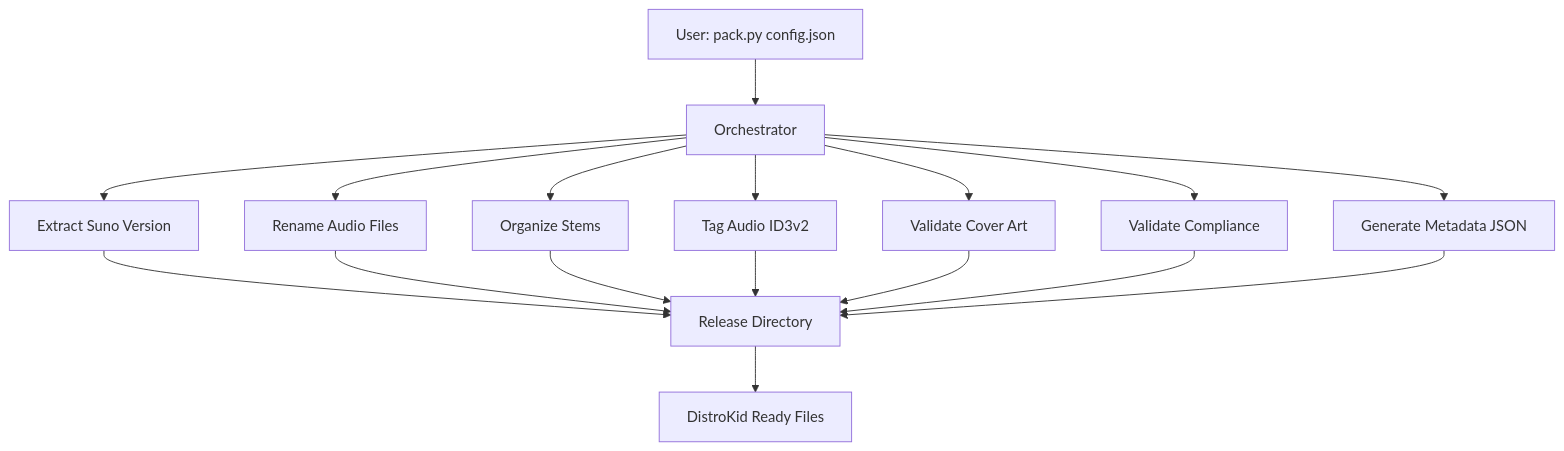
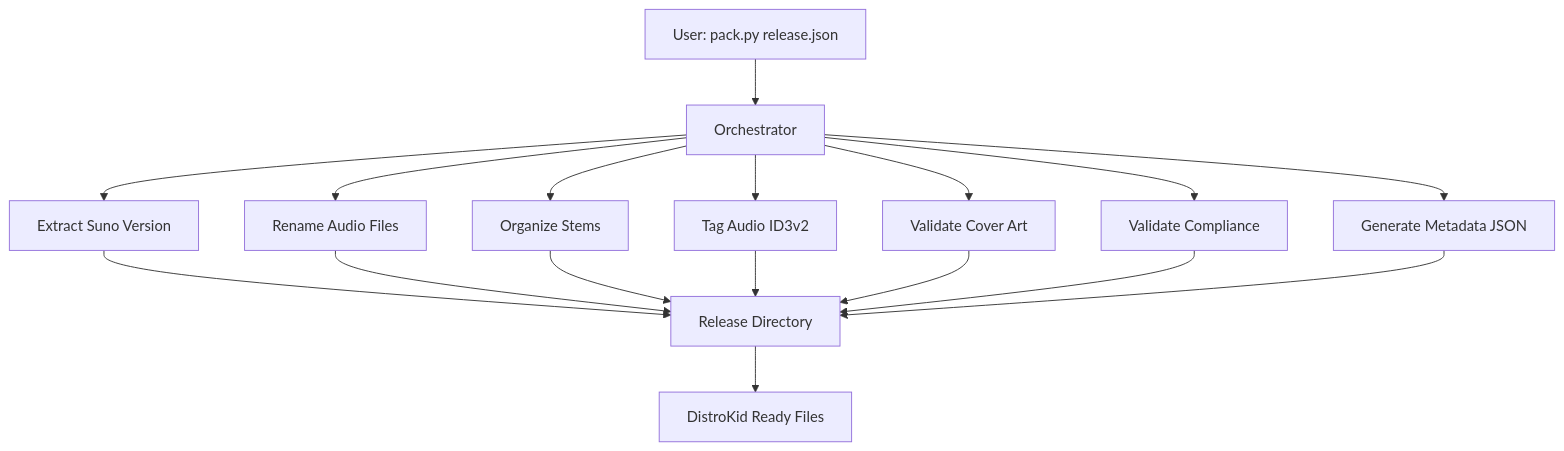
Before and after one commit to elirancv/DistroKid-Release-Packer: the diagram in README.md, drawn with Mermaid. The commit also changed other lines of this file and 2 other files, not shown here.

````diff
--- a/README.md
+++ b/README.md
@@ -72,19 +77,19 @@
 ```mermaid
 flowchart TD
-    A[User: pack.py config.json] --> B[Orchestrator]
+    A[User: pack.py release.json] --> B[Orchestrator]
     B --> C[Extract Suno Version]
     B --> D[Rename Audio Files]
     B --> E[Organize Stems]
     B --> F[Tag Audio ID3v2]
     B --> G[Validate Cover Art]
     B --> H[Validate Compliance]
     B --> I[Generate Metadata JSON]
     C --> J[Release Directory]
     D --> J
     E --> J
     F --> J
     G --> J
     H --> J
     I --> J
     J --> K[DistroKid Ready Files]
 ```
````
